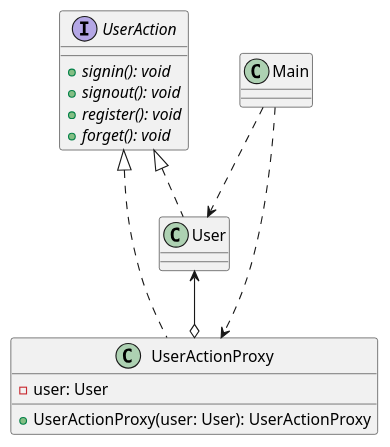
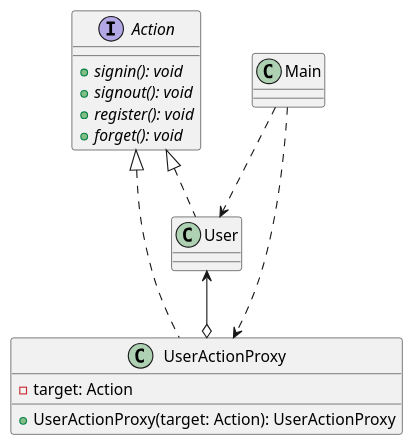
One commit to mskmktsk/design_patterns changed the diagram in out/production/design-patterns/_2_结构型模式/_7_代理模式_Proxy/_1_静态代理/Static Proxy.puml. Above: the diagram before and after it, drawn with PlantUML. The commit also changed 2 other files, not shown here.

```diff
--- a/out/production/design-patterns/_2_结构型模式/_7_代理模式_Proxy/_1_静态代理/Static Proxy.puml
+++ b/out/production/design-patterns/_2_结构型模式/_7_代理模式_Proxy/_1_静态代理/Static Proxy.puml
@@ -1,24 +1,24 @@
 @startuml
 
-interface UserAction {
+interface Action {
     + {abstract} signin(): void
     + {abstract} signout(): void
     + {abstract} register(): void
     + {abstract} forget(): void
 }
 
-class User implements UserAction
+class User implements Action
 
-class UserActionProxy implements UserAction {
-    - user: User
-    + UserActionProxy(user: User): UserActionProxy
+class UserActionProxy implements Action {
+    - target: Action
+    + UserActionProxy(target: Action): UserActionProxy
 }
 
 class Main
 
 User <--o UserActionProxy
 
 Main ..> User
 Main ..> UserActionProxy
 
 @enduml
```
